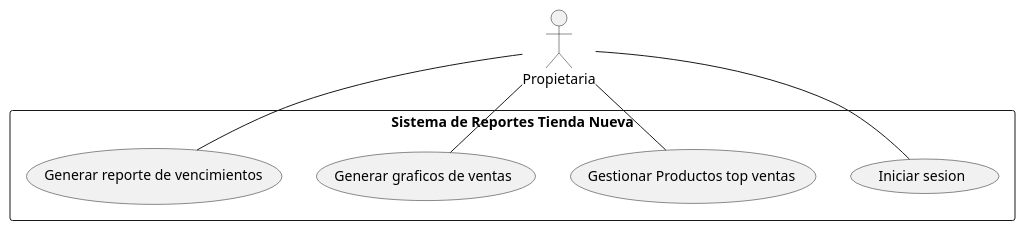
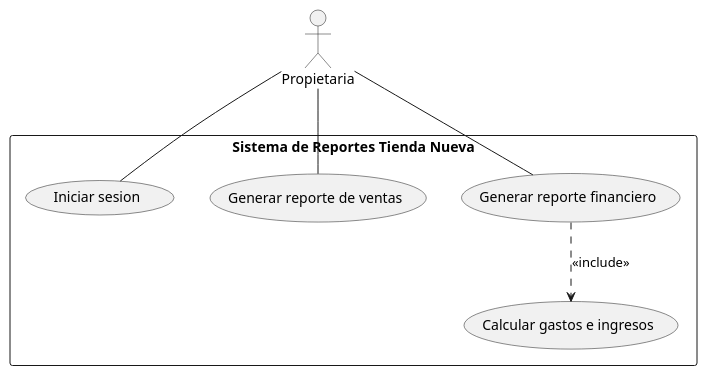
One commit to DmS0509/Casos-de-Uso changed the diagram in out/CasosDeUso/Reportes.puml. Above: the diagram before and after it, drawn with PlantUML. The commit also changed 4 other files, not shown here.

Commit message:
Se realizan cambios a los diagramas en base a lo discutido en la primera reunion

```diff
--- a/out/CasosDeUso/Reportes.puml
+++ b/out/CasosDeUso/Reportes.puml
@@ -1,21 +1,23 @@
 @startuml Reportes
 
 'title Reportes
 
 'Definicion de actores
 actor Propietaria
 
 'Definicion del sistema
 rectangle "Sistema de Reportes Tienda Nueva"{
     usecase "Iniciar sesion" as UC_IniciarSesion
-    usecase "Gestionar Productos top ventas" as UC_GestionarTopVentas
-    usecase "Generar graficos de ventas" as UC_GenerarGraficos
-    usecase "Generar reporte de vencimientos" as UC_GenerarVencimientos
+    usecase "Generar reporte de ventas" as UC_GenerarReporteVentas
+    usecase "Calcular gastos e ingresos" as UC_CalcularGastosIngresos
+    usecase "Generar reporte financiero" as UC_GenerarReporteFinanciero
+    'usecase ""
 
 }
 
 Propietaria -- UC_IniciarSesion
-Propietaria -- UC_GestionarTopVentas
-Propietaria -- UC_GenerarGraficos
-Propietaria -- UC_GenerarVencimientos
+Propietaria -- UC_GenerarReporteVentas
+Propietaria -- UC_GenerarReporteFinanciero
+
+UC_GenerarReporteFinanciero ..> UC_CalcularGastosIngresos : <<include>>
 @enduml
```
